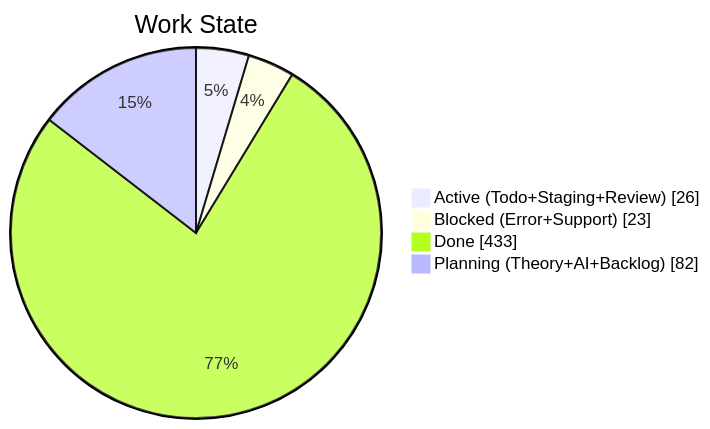
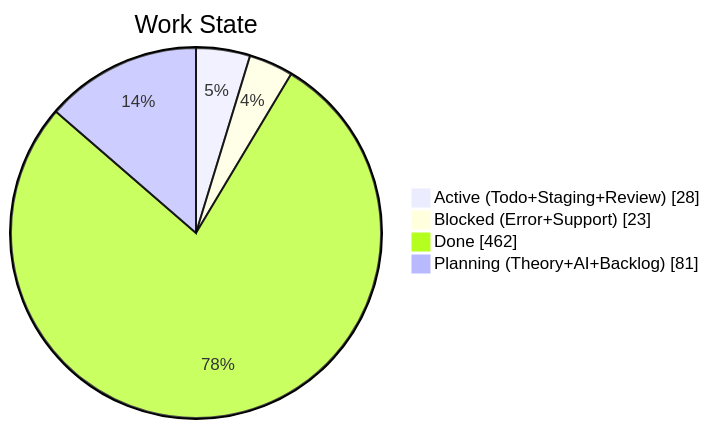
One commit to KBVE/kbve changed the second of 4 diagrams in apps/kbve/astro-kbve/src/content/docs/dashboard/kanban-data.mdx. Above: the diagram before and after it, drawn with Mermaid. The commit also changed other lines of this file and 2 other files, not shown here.

````diff
--- a/apps/kbve/astro-kbve/src/content/docs/dashboard/kanban-data.mdx
+++ b/apps/kbve/astro-kbve/src/content/docs/dashboard/kanban-data.mdx
@@ -204,8 +204,8 @@
 ```mermaid
 pie showData
     title Work State
-    "Active (Todo+Staging+Review)" : 26
+    "Active (Todo+Staging+Review)" : 28
     "Blocked (Error+Support)" : 23
-    "Done" : 433
-    "Planning (Theory+AI+Backlog)" : 82
+    "Done" : 462
+    "Planning (Theory+AI+Backlog)" : 81
 ```
````
